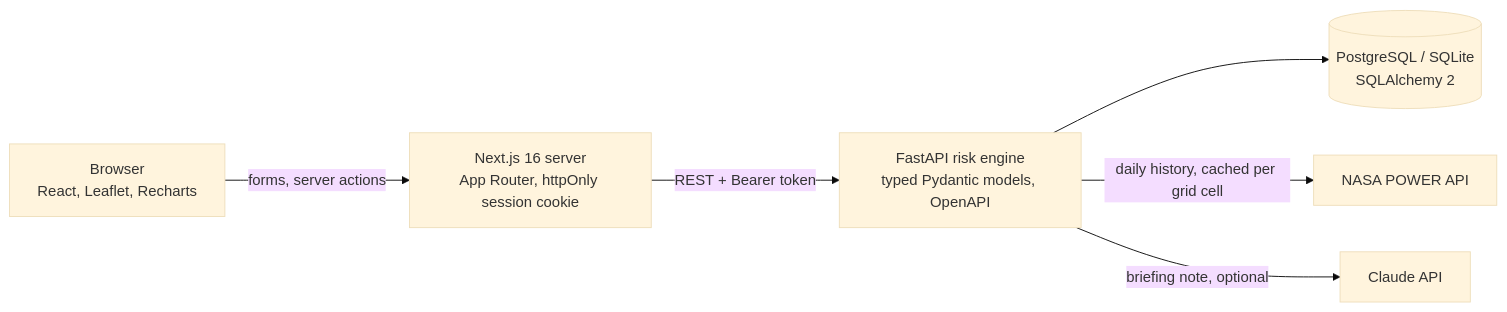
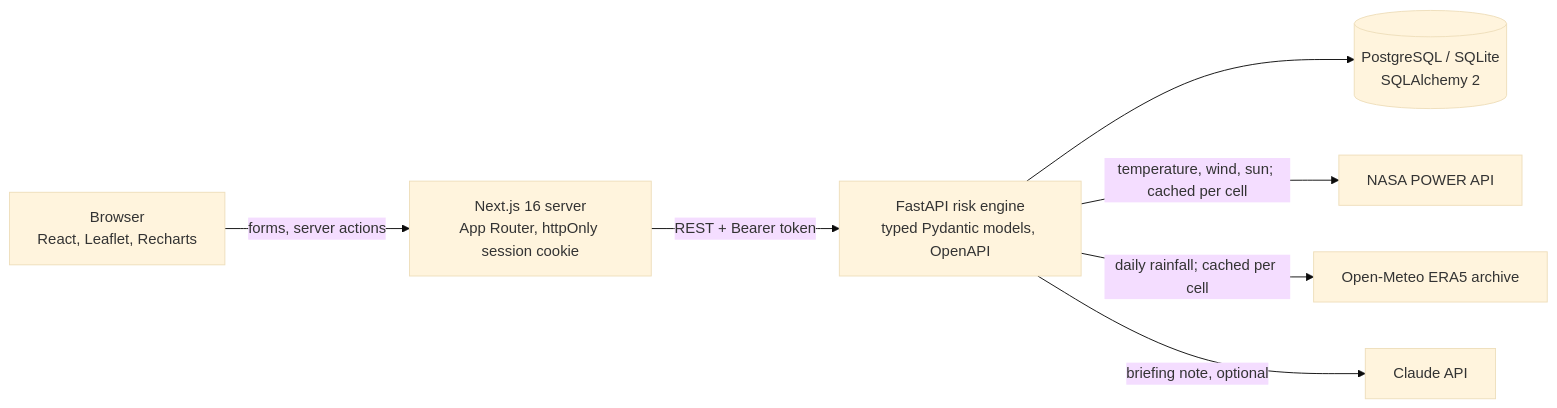
One commit to ephrathasamuel/agri-loan-desk changed the diagram in README.md. Above: the diagram before and after it, drawn with Mermaid (base theme). The commit also changed other lines of this file and 4 other files, not shown here.

First line of the commit message:
README: live demo links, tidier screenshots, ERA5 rainfall

````diff
--- a/README.md
+++ b/README.md
@@ -123,8 +124,9 @@
 ```mermaid
 flowchart LR
   B[Browser<br/>React, Leaflet, Recharts] -->|forms, server actions| W[Next.js 16 server<br/>App Router, httpOnly session cookie]
   W -->|REST + Bearer token| A[FastAPI risk engine<br/>typed Pydantic models, OpenAPI]
   A --> D[(PostgreSQL / SQLite<br/>SQLAlchemy 2)]
-  A -->|daily history, cached per grid cell| N[NASA POWER API]
+  A -->|temperature, wind, sun; cached per cell| N[NASA POWER API]
+  A -->|daily rainfall; cached per cell| E[Open-Meteo ERA5 archive]
   A -->|briefing note, optional| C[Claude API]
 ```
````
